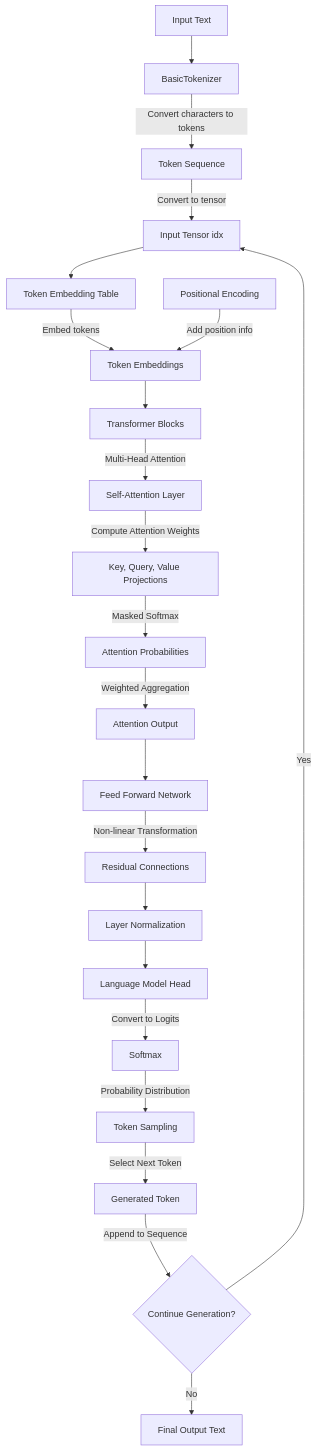
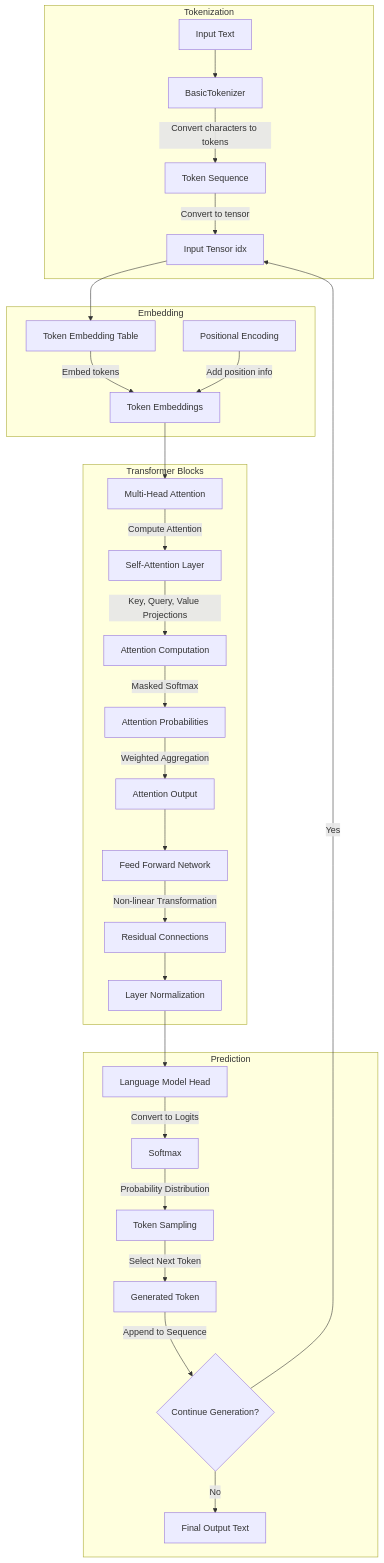
Before and after one commit to NONHUMAN-SITE/nonhuman-web: the diagram in public/wiki/MIND/1.2.en.md, drawn with Mermaid. The commit also changed other lines of this file and 1 other file, not shown here.

```diff
--- a/public/wiki/MIND/1.2.en.md
+++ b/public/wiki/MIND/1.2.en.md
@@ -147,24 +352,32 @@
-    <div class="mermaid">
+<div class="mermaid">
     graph TD;
+    subgraph "Tokenization";
     A[Input Text] --> B[BasicTokenizer];
     B --> |Convert characters to tokens| C[Token Sequence];
     C --> |Convert to tensor| D[Input Tensor idx];
+    end;
+    subgraph "Embedding";
     D --> E[Token Embedding Table];
     E --> |Embed tokens| F[Token Embeddings];
     G[Positional Encoding] --> |Add position info| F;
-    F --> H[Transformer Blocks];
-    H --> |Multi-Head Attention| I[Self-Attention Layer];
-    I --> |Compute Attention Weights| J[Key, Query, Value Projections];
+    end;
+    subgraph "Transformer Blocks";
+    F --> H[Multi-Head Attention];
+    H --> |Compute Attention| I[Self-Attention Layer];
+    I --> |Key, Query, Value Projections| J[Attention Computation];
     J --> |Masked Softmax| K[Attention Probabilities];
     K --> |Weighted Aggregation| L[Attention Output];
     L --> M[Feed Forward Network];
     M --> |Non-linear Transformation| N[Residual Connections];
     N --> O[Layer Normalization];
+    end;
+    subgraph "Prediction";
     O --> P[Language Model Head];
     P --> |Convert to Logits| Q[Softmax];
     Q --> |Probability Distribution| R[Token Sampling];
     R --> |Select Next Token| S[Generated Token];
     S --> |Append to Sequence| T{Continue Generation?};
-    T -->|Yes| D
-    T -->|No| U[Final Output Text]
-    </div>
+    T -->|Yes| D;
+    T -->|No| U[Final Output Text];
+    end;
+</div>
```
